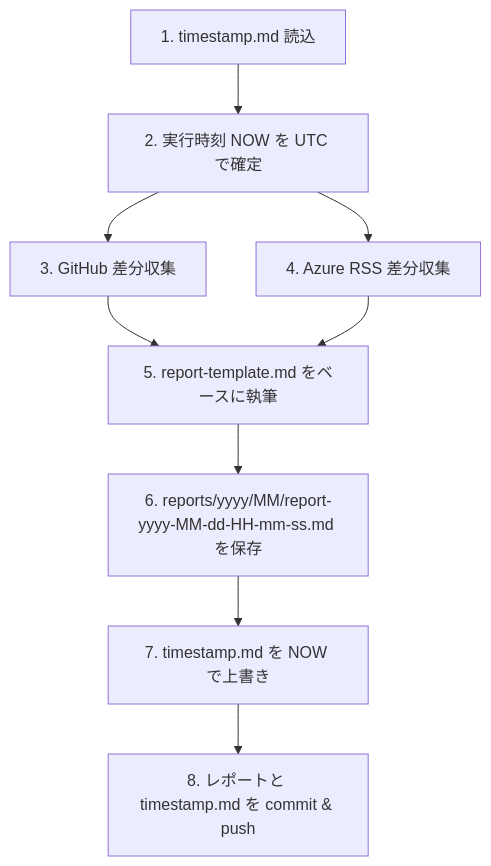
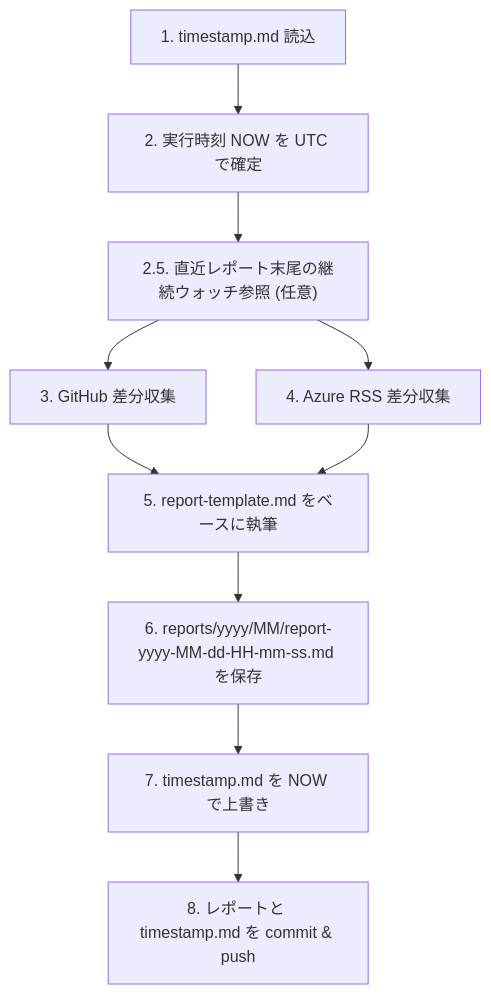
The diagram in .github/skills/daily-check-report/SKILL.md (runceel/daily-check), drawn with Mermaid before and after one commit. The commit also changed other lines of this file, not shown here.

````diff
--- a/.github/skills/daily-check-report/SKILL.md
+++ b/.github/skills/daily-check-report/SKILL.md
@@ -32,11 +32,12 @@
 ```mermaid
 flowchart TD
     A[1. timestamp.md 読込] --> B[2. 実行時刻 NOW を UTC で確定]
-    B --> C[3. GitHub 差分収集]
-    B --> D[4. Azure RSS 差分収集]
+    B --> B2["2.5. 直近レポート末尾の継続ウォッチ参照 (任意)"]
+    B2 --> C[3. GitHub 差分収集]
+    B2 --> D[4. Azure RSS 差分収集]
     C --> E[5. report-template.md をベースに執筆]
     D --> E
     E --> F[6. reports/yyyy/MM/report-yyyy-MM-dd-HH-mm-ss.md を保存]
     F --> G[7. timestamp.md を NOW で上書き]
     G --> H[8. レポートと timestamp.md を commit & push]
 ```
````
